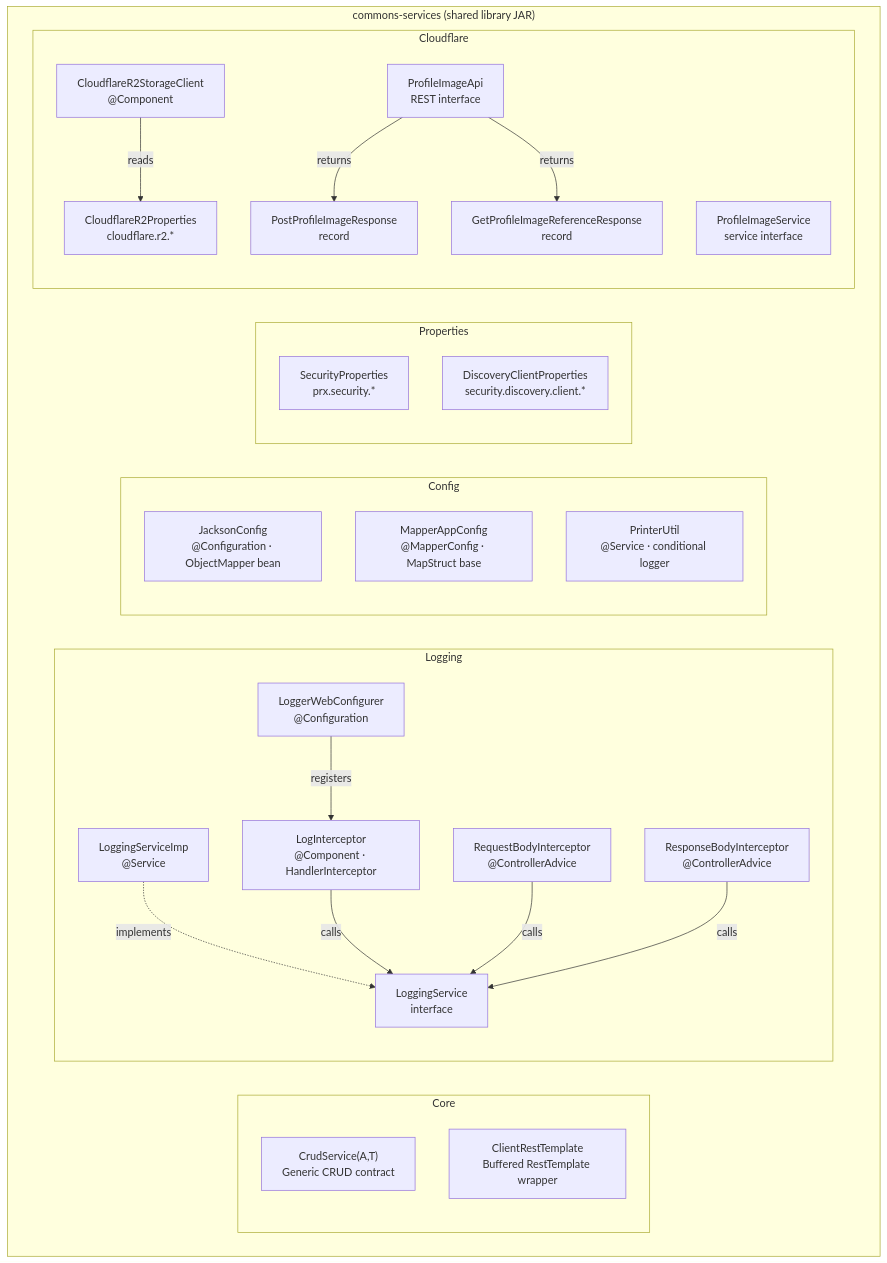
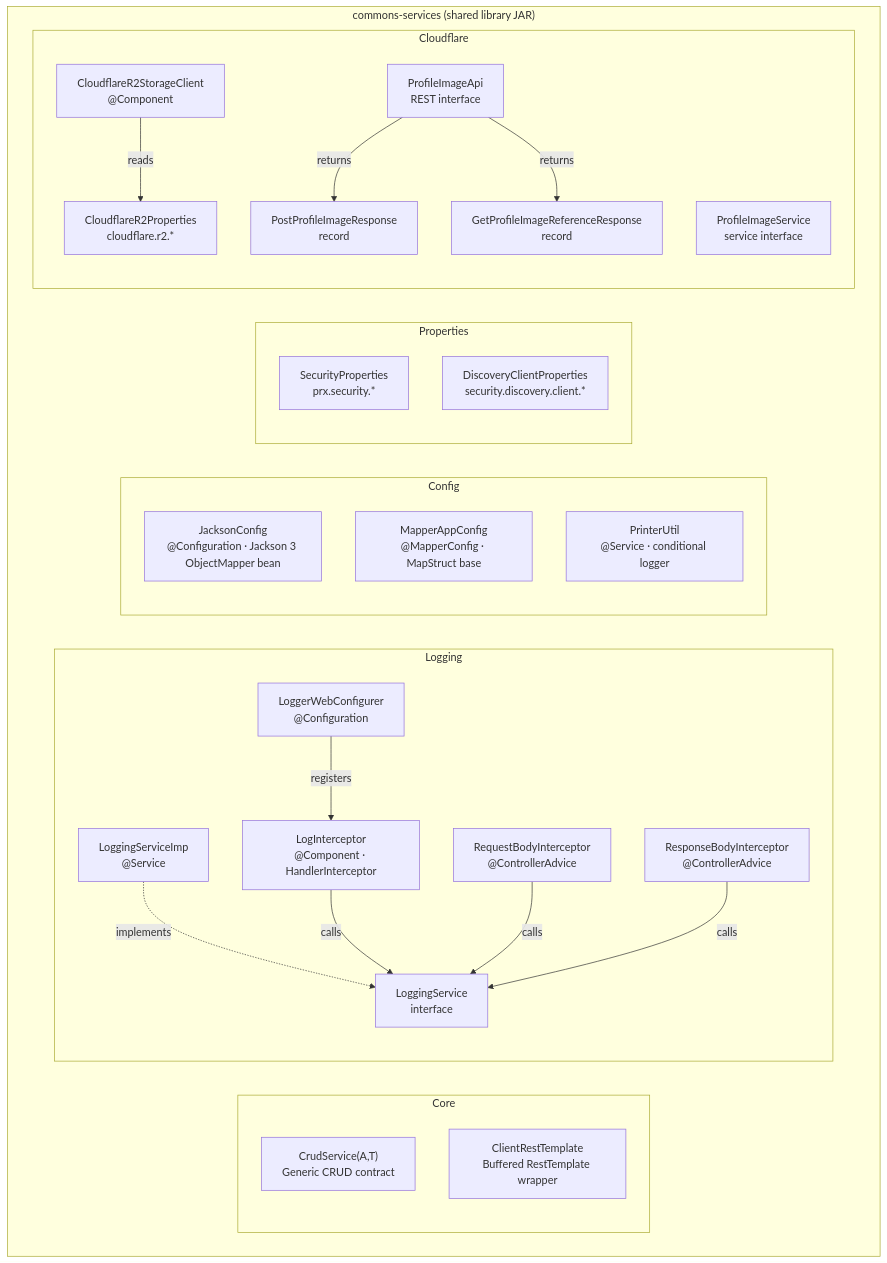
Before and after one commit to um-dev-creative/commons-services: the first of 8 diagrams in docs/diagrams.md, drawn with Mermaid. The commit also changed 20 other files, not shown here.

````diff
--- a/docs/diagrams.md
+++ b/docs/diagrams.md
@@ -9,47 +9,47 @@
 ```mermaid
 graph TD
     subgraph lib["commons-services (shared library JAR)"]
         subgraph Core
             CS["CrudService(A,T)\nGeneric CRUD contract"]
             CRT["ClientRestTemplate\nBuffered RestTemplate wrapper"]
         end
 
         subgraph Logging
             LS["LoggingService\ninterface"]
             LSI["LoggingServiceImp\n@Service"]
             LWC["LoggerWebConfigurer\n@Configuration"]
             LI["LogInterceptor\n@Component · HandlerInterceptor"]
             RqBI["RequestBodyInterceptor\n@ControllerAdvice"]
             RsBI["ResponseBodyInterceptor\n@ControllerAdvice"]
         end
 
         subgraph Config
-            JC["JacksonConfig\n@Configuration · ObjectMapper bean"]
+            JC["JacksonConfig\n@Configuration · Jackson 3 ObjectMapper bean"]
             MC["MapperAppConfig\n@MapperConfig · MapStruct base"]
             PU["PrinterUtil\n@Service · conditional logger"]
         end
 
         subgraph Properties
             SP["SecurityProperties\nprx.security.*"]
             DP["DiscoveryClientProperties\nsecurity.discovery.client.*"]
         end
 
         subgraph Cloudflare
             PIA["ProfileImageApi\nREST interface"]
             PIS["ProfileImageService\nservice interface"]
             R2C["CloudflareR2StorageClient\n@Component"]
             R2P["CloudflareR2Properties\ncloudflare.r2.*"]
             POST["PostProfileImageResponse\nrecord"]
             GETR["GetProfileImageReferenceResponse\nrecord"]
         end
     end
 
     LSI -.->|implements| LS
     LWC -->|registers| LI
     LI -->|calls| LS
     RqBI -->|calls| LS
     RsBI -->|calls| LS
     R2C -->|reads| R2P
     PIA -->|returns| POST
     PIA -->|returns| GETR
 ```
````
